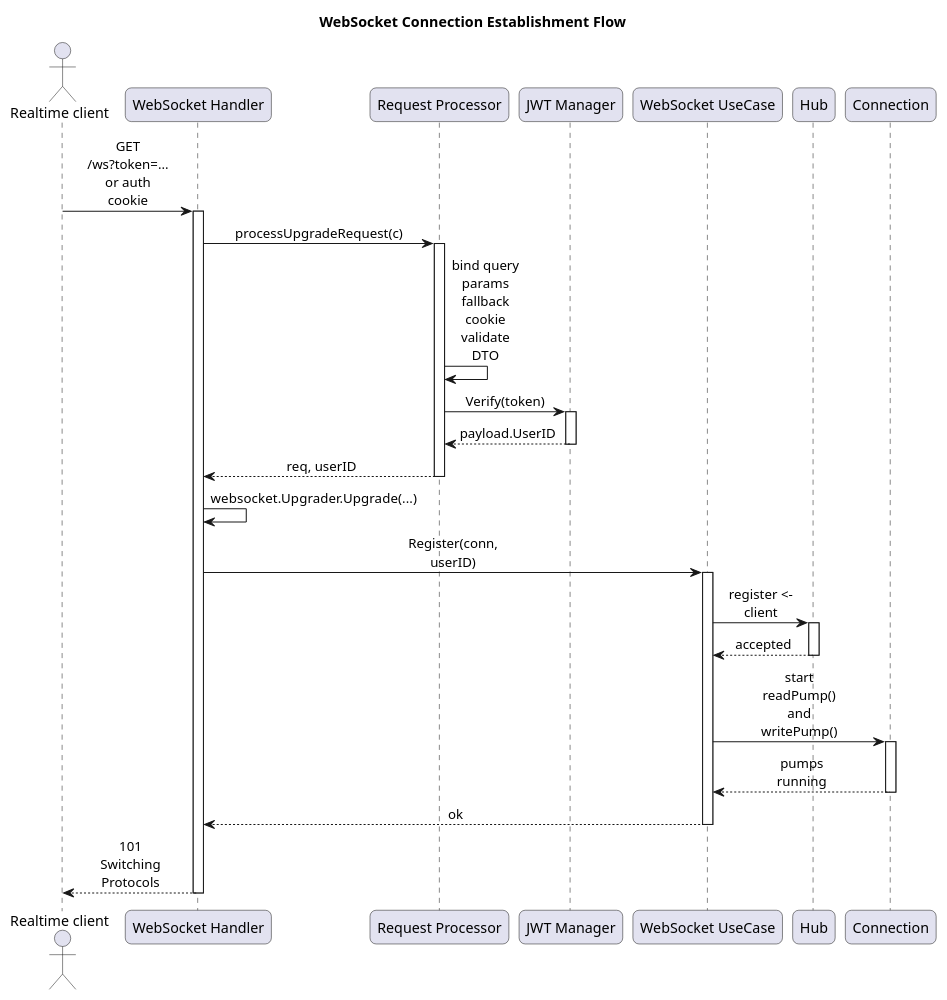
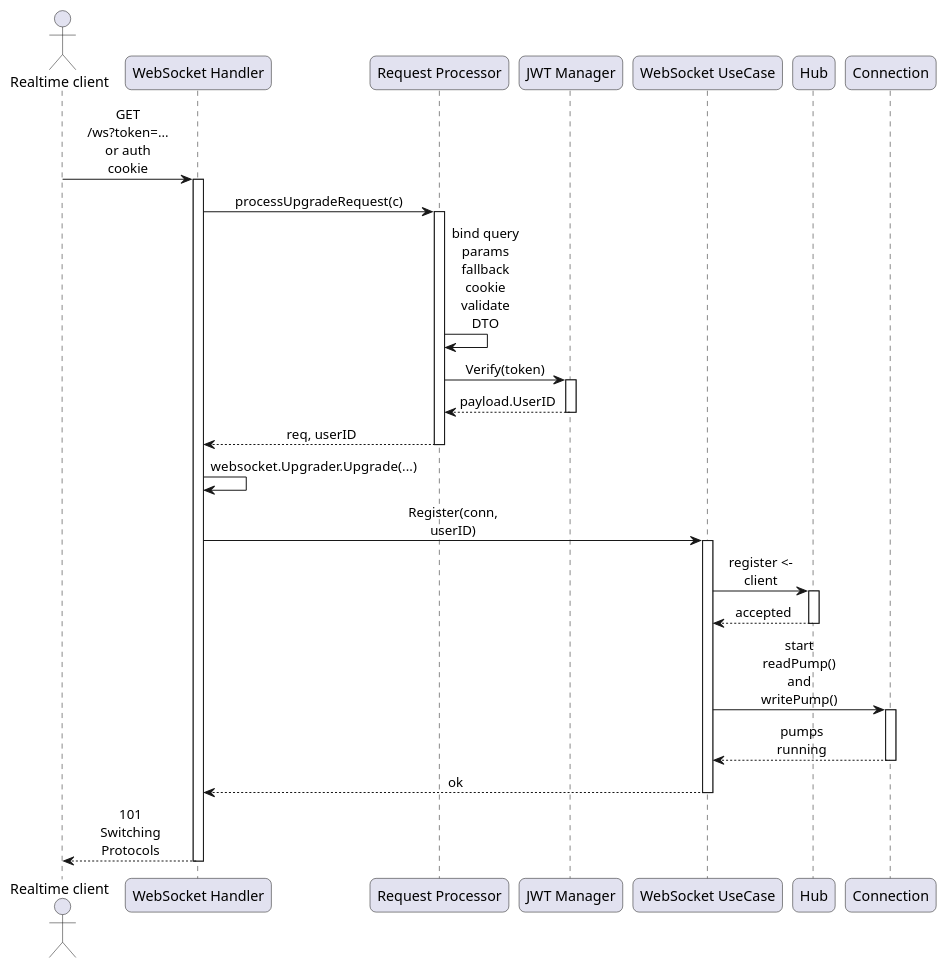
Before and after one commit to smap-hcmut/report: the diagram in final-report/images/chapter_5/seq-notification-ws-connection-flow.puml, drawn with PlantUML. The commit also changed 67 other files, not shown here.

```diff
--- a/final-report/images/chapter_5/seq-notification-ws-connection-flow.puml
+++ b/final-report/images/chapter_5/seq-notification-ws-connection-flow.puml
@@ -1,45 +1,44 @@
 @startuml
-title WebSocket Connection Establishment Flow
 skinparam defaultFontName Arial
 skinparam shadowing false
 skinparam sequenceMessageAlign center
 skinparam responseMessageBelowArrow true
 skinparam maxMessageSize 70
 skinparam roundcorner 12
 
 actor "Realtime client" as Client
 participant "WebSocket Handler" as Handler
 participant "Request Processor" as Processor
 participant "JWT Manager" as JWTMgr
 participant "WebSocket UseCase" as WebSocketUC
 participant "Hub" as Hub
 participant "Connection" as Connection
 
 Client -> Handler : GET /ws?token=... or auth cookie
 activate Handler
 Handler -> Processor : processUpgradeRequest(c)
 activate Processor
 Processor -> Processor : bind query params\nfallback cookie\nvalidate DTO
 Processor -> JWTMgr : Verify(token)
 activate JWTMgr
 JWTMgr --> Processor : payload.UserID
 deactivate JWTMgr
 Processor --> Handler : req, userID
 deactivate Processor
 
 Handler -> Handler : websocket.Upgrader.Upgrade(...)
 Handler -> WebSocketUC : Register(conn, userID)
 activate WebSocketUC
 WebSocketUC -> Hub : register <- client
 activate Hub
 Hub --> WebSocketUC : accepted
 deactivate Hub
 WebSocketUC -> Connection : start readPump() and writePump()
 activate Connection
 Connection --> WebSocketUC : pumps running
 deactivate Connection
 WebSocketUC --> Handler : ok
 deactivate WebSocketUC
 Handler --> Client : 101 Switching Protocols
 deactivate Handler
 @enduml
```
